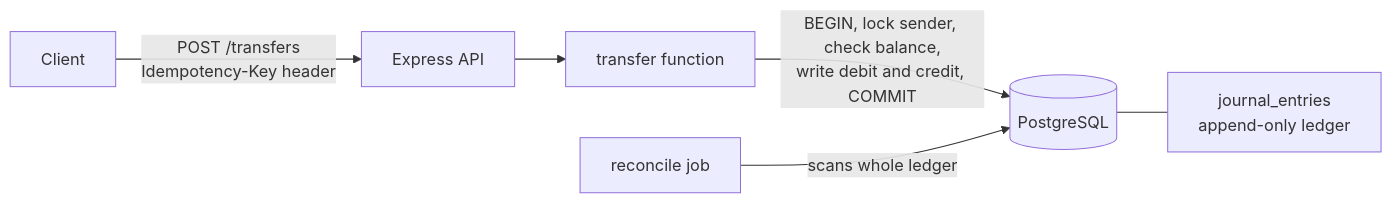
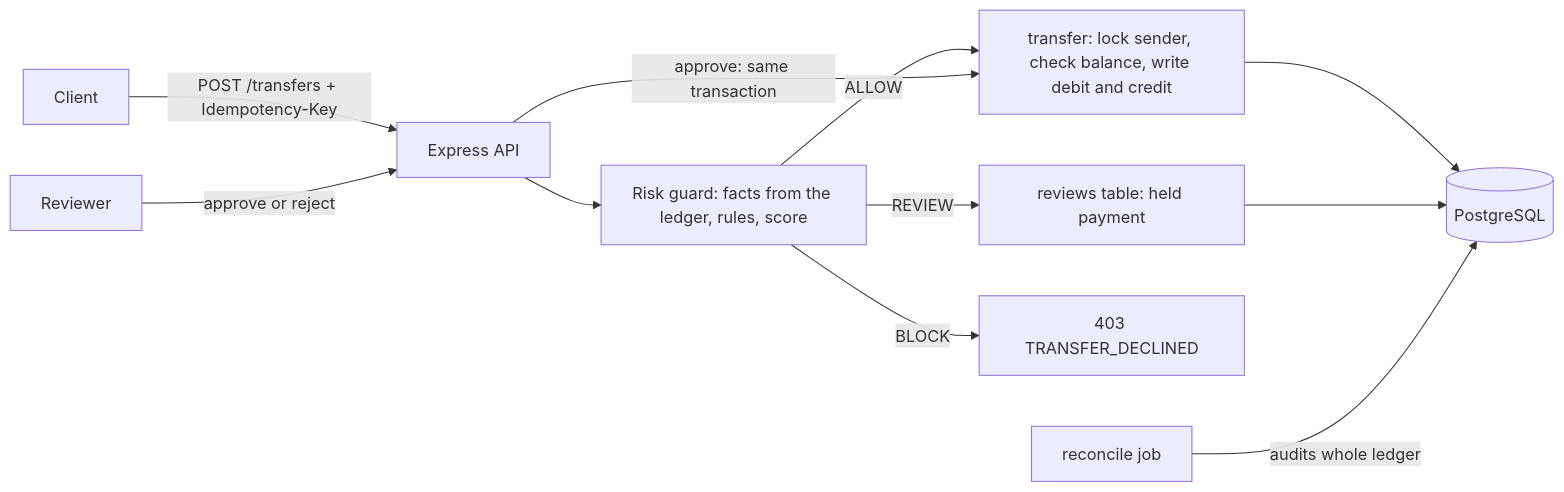
One commit to vaibhav-162006/fintech-core changed the diagram in README.md. Above: the diagram before and after it, drawn with Mermaid. The commit also changed other lines of this file, not shown here.

Commit message:
README: risk guard, review workflow, updated guarantees and limitations

````diff
--- a/README.md
+++ b/README.md
@@ -28,8 +29,13 @@
 ```mermaid
 flowchart LR
-    C[Client] -->|POST /transfers<br/>Idempotency-Key header| A[Express API]
-    A --> T[transfer function]
-    T -->|BEGIN, lock sender, check balance,<br/>write debit and credit, COMMIT| P[(PostgreSQL)]
-    P --- L[journal_entries<br/>append-only ledger]
-    R[reconcile job] -->|scans whole ledger| P
+    C["Client"] -->|"POST /transfers + Idempotency-Key"| A["Express API"]
+    A --> G["Risk guard: facts from the ledger, rules, score"]
+    G -->|"ALLOW"| T["transfer: lock sender, check balance, write debit and credit"]
+    G -->|"REVIEW"| Q["reviews table: held payment"]
+    G -->|"BLOCK"| D["403 TRANSFER_DECLINED"]
+    T --> P[("PostgreSQL")]
+    Q --> P
+    R["Reviewer"] -->|"approve or reject"| A
+    A -->|"approve: same transaction"| T
+    J["reconcile job"] -->|"audits whole ledger"| P
 ```
````
